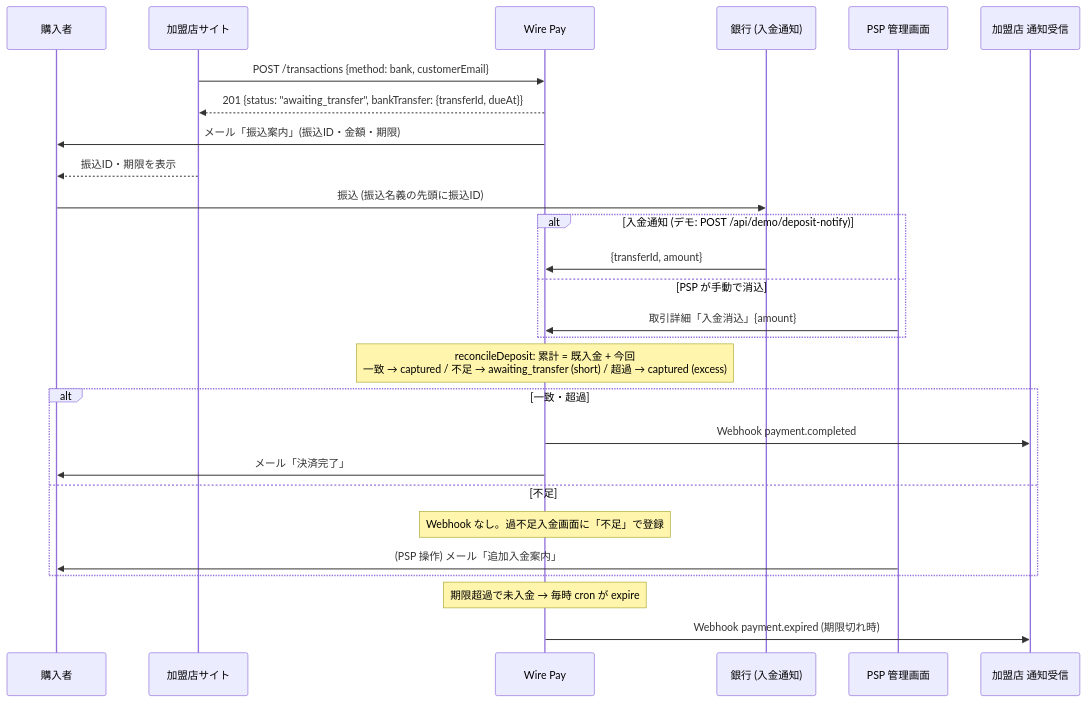
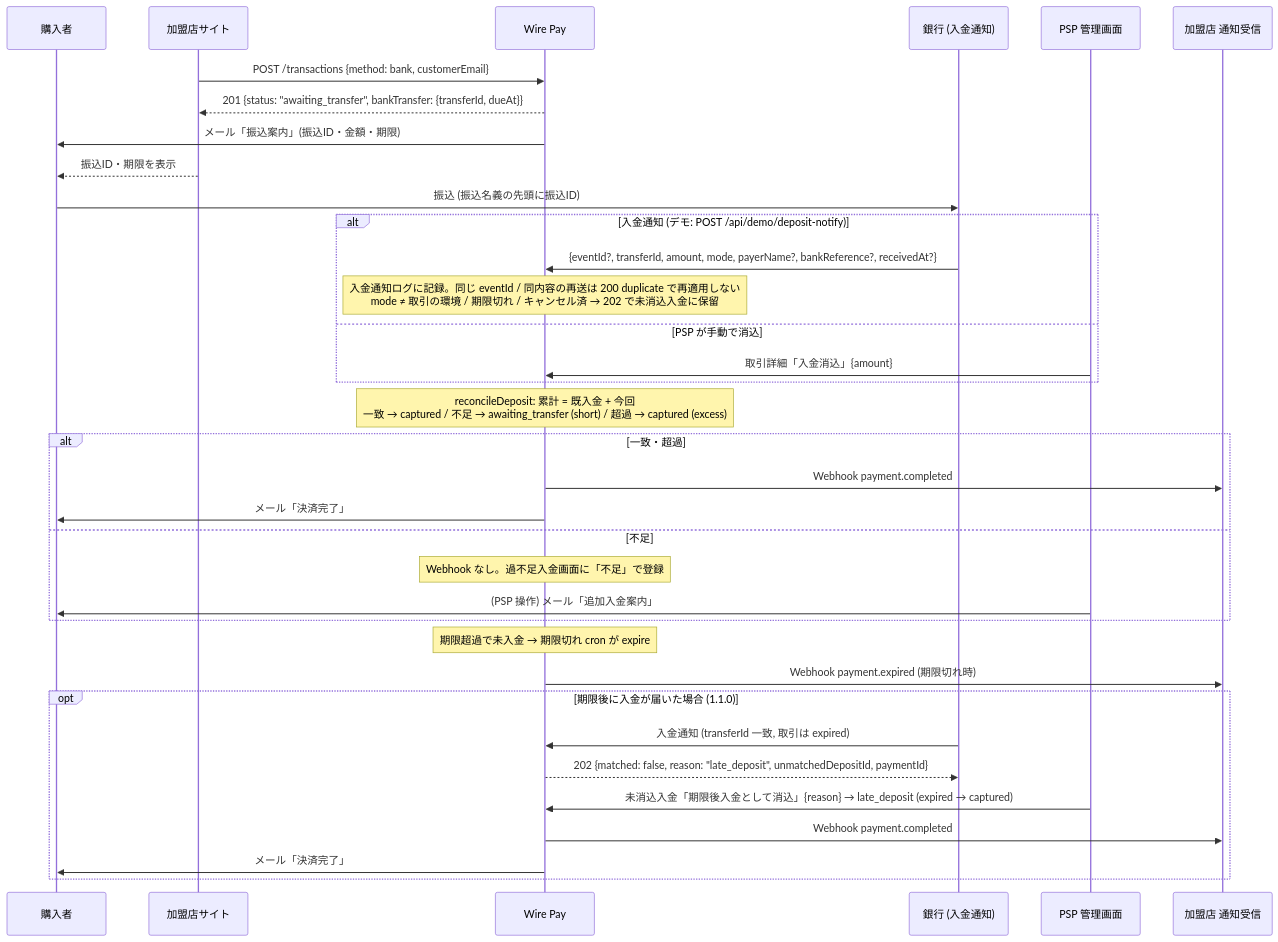
Before and after one commit to Atsushi-Odajima/Payment-management: the fifth of 11 diagrams in docs/spec/ja/A-merchant-integration-spec.md, drawn with Mermaid. The commit also changed other lines of this file and 26 other files, not shown here.

````diff
--- a/docs/spec/ja/A-merchant-integration-spec.md
+++ b/docs/spec/ja/A-merchant-integration-spec.md
@@ -1129,30 +1155,38 @@
 ```mermaid
 sequenceDiagram
   participant C as 購入者
   participant S as 加盟店サイト
   participant W as Wire Pay
   participant B as 銀行 (入金通知)
   participant P as PSP 管理画面
   participant R as 加盟店 通知受信
 
   S->>W: POST /transactions {method: bank, customerEmail}
   W-->>S: 201 {status: "awaiting_transfer", bankTransfer: {transferId, dueAt}}
   W->>C: メール「振込案内」(振込ID・金額・期限)
   S-->>C: 振込ID・期限を表示
   C->>B: 振込 (振込名義の先頭に振込ID)
   alt 入金通知 (デモ: POST /api/demo/deposit-notify)
-    B->>W: {transferId, amount}
+    B->>W: {eventId?, transferId, amount, mode, payerName?, bankReference?, receivedAt?}
+    Note over W: 入金通知ログに記録。同じ eventId / 同内容の再送は 200 duplicate で再適用しない<br/>mode ≠ 取引の環境 / 期限切れ / キャンセル済 → 202 で未消込入金に保留
   else PSP が手動で消込
     P->>W: 取引詳細「入金消込」{amount}
   end
   Note over W: reconcileDeposit: 累計 = 既入金 + 今回<br/>一致 → captured / 不足 → awaiting_transfer (short) / 超過 → captured (excess)
   alt 一致・超過
     W->>R: Webhook payment.completed
     W->>C: メール「決済完了」
   else 不足
     Note over W: Webhook なし。過不足入金画面に「不足」で登録
     P->>C: (PSP 操作) メール「追加入金案内」
   end
-  Note over W: 期限超過で未入金 → 毎時 cron が expire
+  Note over W: 期限超過で未入金 → 期限切れ cron が expire
   W->>R: Webhook payment.expired (期限切れ時)
+  opt 期限後に入金が届いた場合 (1.1.0)
+    B->>W: 入金通知 (transferId 一致, 取引は expired)
+    W-->>B: 202 {matched: false, reason: "late_deposit", unmatchedDepositId, paymentId}
+    P->>W: 未消込入金「期限後入金として消込」{reason} → late_deposit (expired → captured)
+    W->>R: Webhook payment.completed
+    W->>C: メール「決済完了」
+  end
 ```
````
